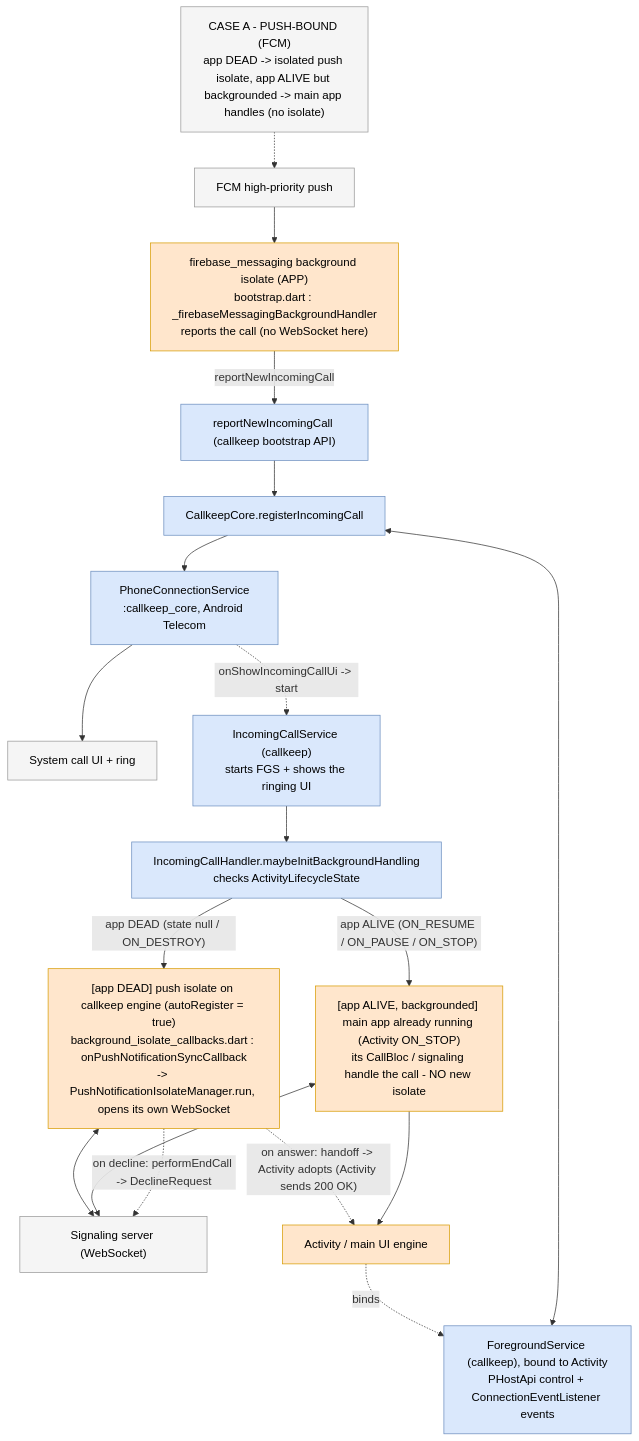
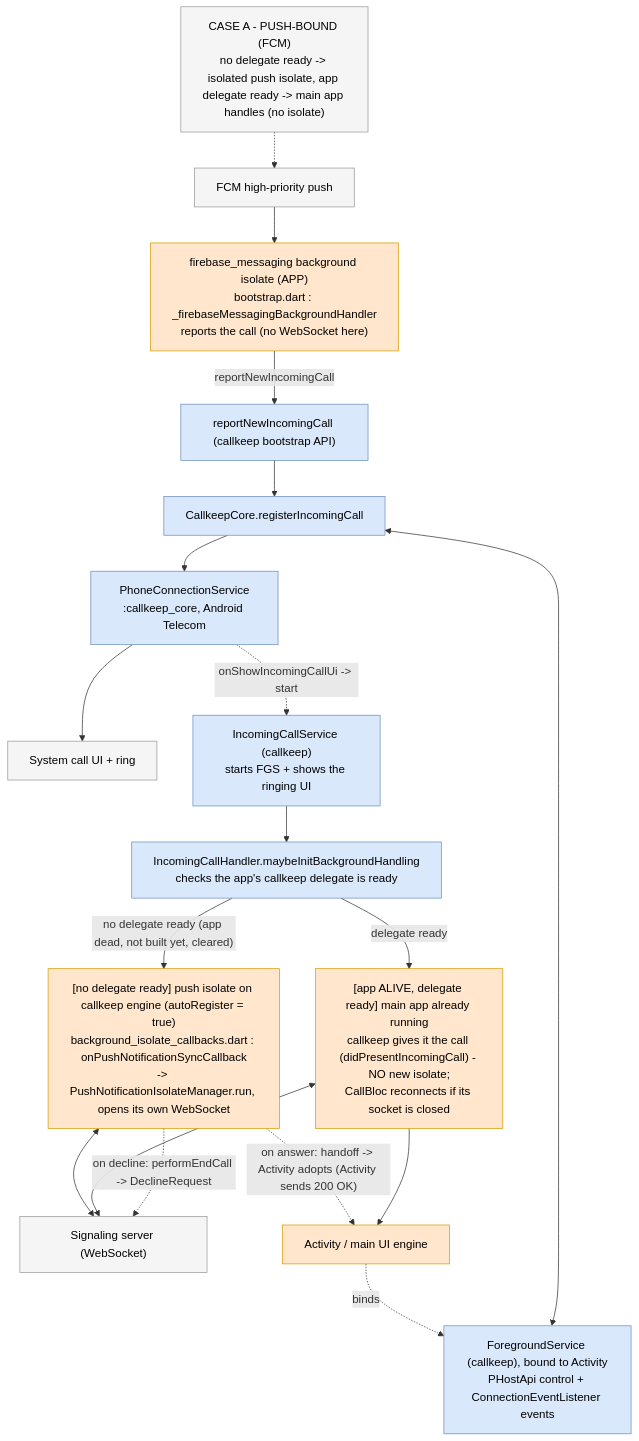
One commit to portaone/porta-phone-mobile-app changed the second of 6 diagrams in phone/docs/incoming_call_scenarios.md. Above: the diagram before and after it, drawn with Mermaid. The commit also changed other lines of this file and 25 other files, not shown here.

````diff
--- a/phone/docs/incoming_call_scenarios.md
+++ b/phone/docs/incoming_call_scenarios.md
@@ -97,37 +102,37 @@
 ```mermaid
 flowchart TB
   classDef ck fill:#dae8fc,stroke:#6c8ebf,color:#000
   classDef app fill:#ffe6cc,stroke:#d79b00,color:#000
   classDef ext fill:#f5f5f5,stroke:#999999,color:#000
 
-  TITLE["CASE A - PUSH-BOUND (FCM)<br/>app DEAD -> isolated push isolate, app ALIVE but backgrounded -> main app handles (no isolate)"]:::ext
+  TITLE["CASE A - PUSH-BOUND (FCM)<br/>no delegate ready -> isolated push isolate, app delegate ready -> main app handles (no isolate)"]:::ext
   FCM["FCM high-priority push"]:::ext
   FMISO["firebase_messaging background isolate (APP)<br/>bootstrap.dart : _firebaseMessagingBackgroundHandler<br/>reports the call (no WebSocket here)"]:::app
   BOOT["reportNewIncomingCall (callkeep bootstrap API)"]:::ck
   CKC["CallkeepCore.registerIncomingCall"]:::ck
   PCS["PhoneConnectionService<br/>:callkeep_core, Android Telecom"]:::ck
   TEL["System call UI + ring"]:::ext
   ICS["IncomingCallService (callkeep)<br/>starts FGS + shows the ringing UI"]:::ck
-  MIBH["IncomingCallHandler.maybeInitBackgroundHandling<br/>checks ActivityLifecycleState"]:::ck
-  PISO["[app DEAD] push isolate on callkeep engine (autoRegister = true)<br/>background_isolate_callbacks.dart : onPushNotificationSyncCallback<br/>-> PushNotificationIsolateManager.run, opens its own WebSocket"]:::app
-  ALIVE["[app ALIVE, backgrounded] main app already running (Activity ON_STOP)<br/>its CallBloc / signaling handle the call - NO new isolate"]:::app
+  MIBH["IncomingCallHandler.maybeInitBackgroundHandling<br/>checks the app's callkeep delegate is ready"]:::ck
+  PISO["[no delegate ready] push isolate on callkeep engine (autoRegister = true)<br/>background_isolate_callbacks.dart : onPushNotificationSyncCallback<br/>-> PushNotificationIsolateManager.run, opens its own WebSocket"]:::app
+  ALIVE["[app ALIVE, delegate ready] main app already running<br/>callkeep gives it the call (didPresentIncomingCall) - NO new isolate;<br/>CallBloc reconnects if its socket is closed"]:::app
   WS["Signaling server (WebSocket)"]:::ext
   ACT["Activity / main UI engine"]:::app
   FGS["ForegroundService (callkeep), bound to Activity<br/>PHostApi control + ConnectionEventListener events"]:::ck
 
   TITLE -.-> FCM
   FCM --> FMISO
   FMISO -- "reportNewIncomingCall" --> BOOT
   BOOT --> CKC --> PCS --> TEL
   PCS -. "onShowIncomingCallUi -> start" .-> ICS
   ICS --> MIBH
-  MIBH -- "app DEAD (state null / ON_DESTROY)" --> PISO
-  MIBH -- "app ALIVE (ON_RESUME / ON_PAUSE / ON_STOP)" --> ALIVE
+  MIBH -- "no delegate ready (app dead, not built yet, cleared)" --> PISO
+  MIBH -- "delegate ready" --> ALIVE
   PISO <--> WS
   ALIVE <--> WS
   PISO -. "on answer: handoff -> Activity adopts (Activity sends 200 OK)" .-> ACT
   PISO -. "on decline: performEndCall -> DeclineRequest" .-> WS
   ALIVE --> ACT
   ACT -. "binds" .-> FGS
   FGS <--> CKC
 ```
````
